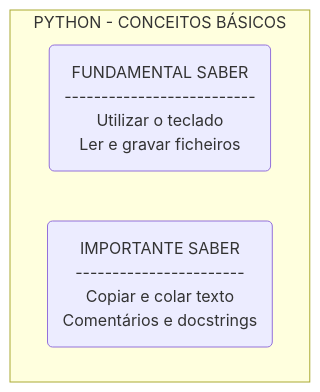
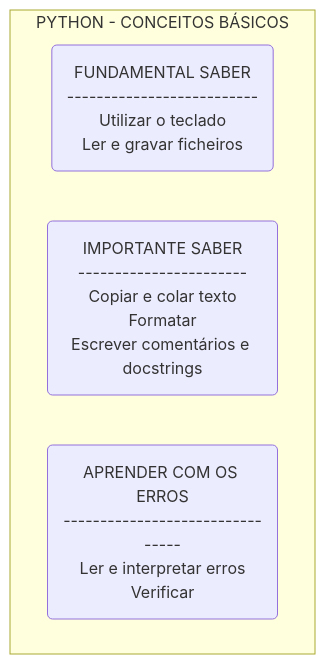
Before and after one commit to xbecas/init_python: the second of 5 diagrams in techtree.md, drawn with Mermaid.

Commit message:
Update techtree.md
Fix Python - conceitos básicos

````diff
--- a/techtree.md
+++ b/techtree.md
@@ -24,8 +24,9 @@
 ```mermaid
   graph TD
   
     subgraph "PYTHON - CONCEITOS BÁSICOS"
       Fundamental("FUNDAMENTAL SABER<br>--------------------------<br>Utilizar o teclado<br>Ler e gravar ficheiros")
-      Importante("IMPORTANTE SABER<br>-----------------------<br>Copiar e colar texto<br>Comentários e docstrings")
+      Importante("IMPORTANTE SABER<br>-----------------------<br>Copiar e colar texto<br>Formatar<br>Escrever comentários e docstrings")
+      Erros("APRENDER COM OS ERROS<br>--------------------------------<br>Ler e interpretar erros<br>Verificar")
     end
 ```
````
